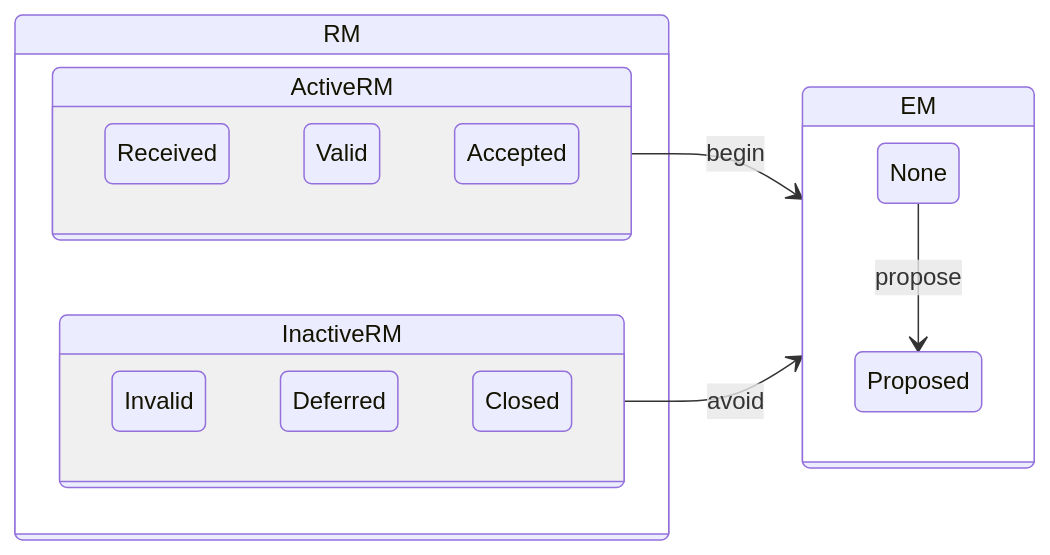
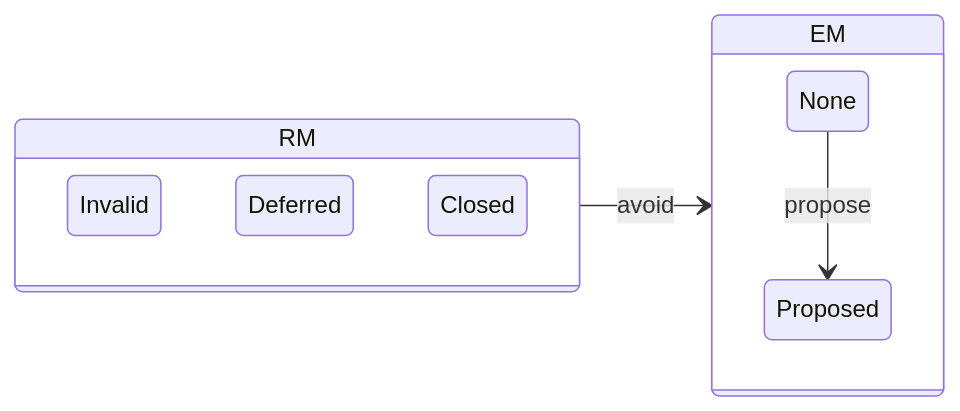
The fifth of 23 diagrams in docs/process_models/model_interactions.md (CERTCC/Vultron), drawn with Mermaid before and after one commit. The commit also changed other lines of this file, not shown here.

Commit message:
revise diagrams

````diff
--- a/docs/process_models/model_interactions.md
+++ b/docs/process_models/model_interactions.md
@@ -78,21 +109,13 @@
 ```mermaid
 stateDiagram-v2
     direction LR
     state RM {
-        state ActiveRM {
-            Received
-            Valid
-            Accepted
-        }
-        state InactiveRM {
-            Invalid
-            Deferred
-            Closed
-        }
+        Invalid
+        Deferred
+        Closed
     }
     state EM {
         None --> Proposed : propose
     }
-    ActiveRM --> EM : begin
-    InactiveRM --> EM : avoid
+    RM --> EM : avoid
 ```
````
